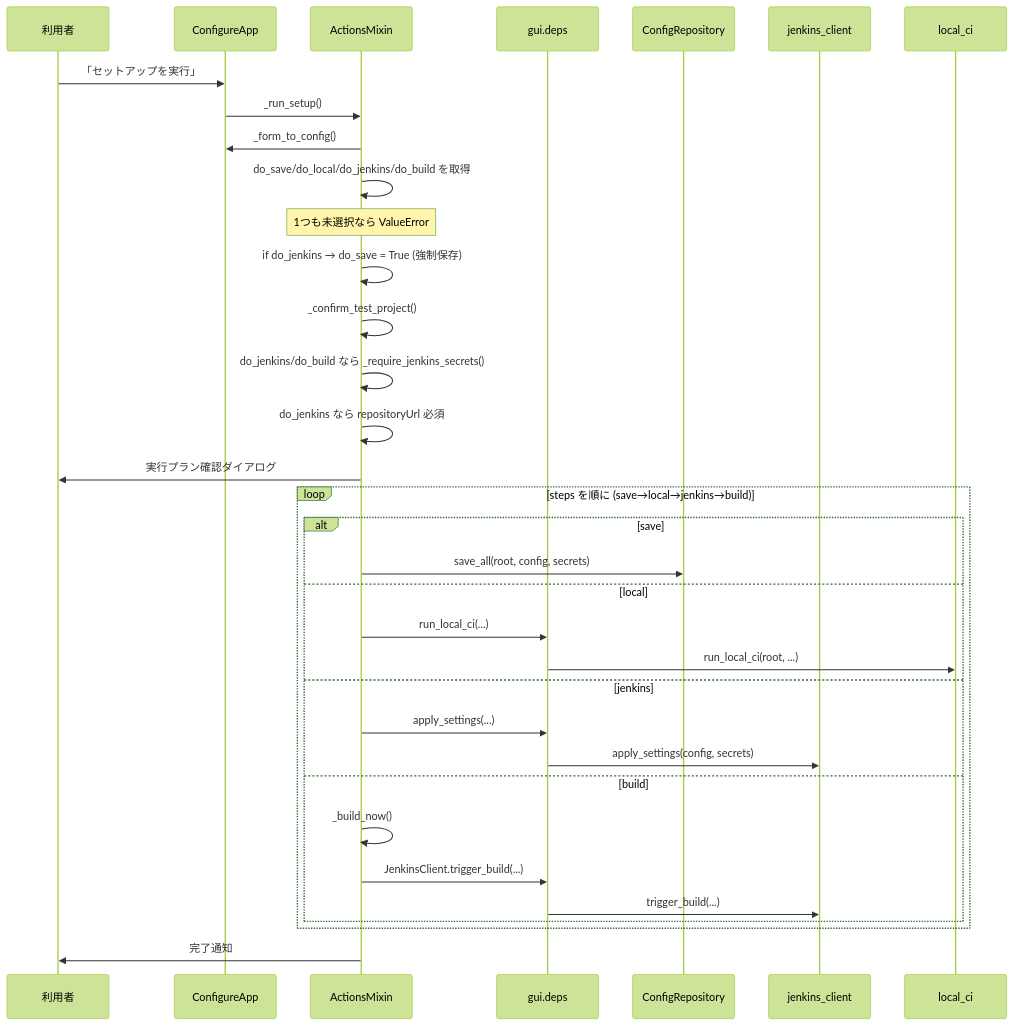
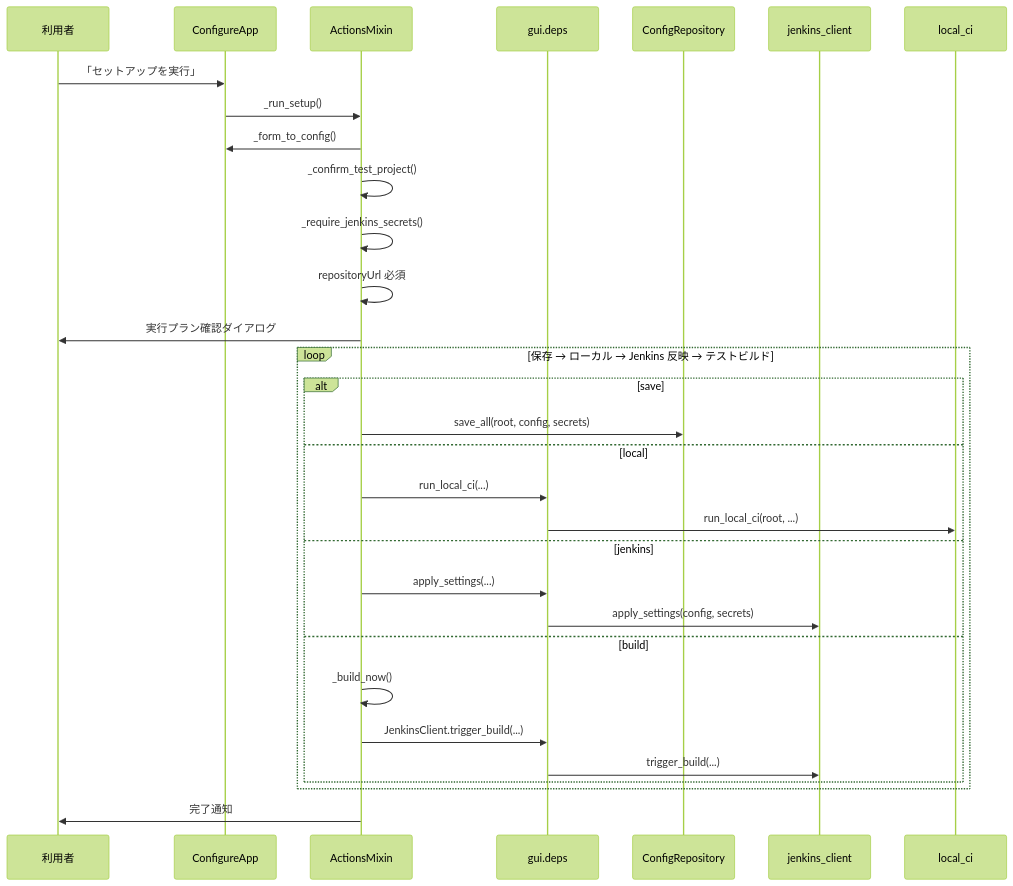
The eighth of 12 diagrams in docs/DESIGN.md (gt-ynakamatsu/ci-setup-tool), drawn with Mermaid (forest theme) before and after one commit. The commit also changed other lines of this file and 7 other files, not shown here.

First line of the commit message:
Drop setup step checkboxes; always run the full setup flow.

````diff
--- a/docs/DESIGN.md
+++ b/docs/DESIGN.md
@@ -852,37 +850,34 @@
 ```mermaid
 sequenceDiagram
     participant U as 利用者
     participant App as ConfigureApp
     participant Ops as ActionsMixin
     participant Deps as gui.deps
     participant Repo as ConfigRepository
     participant JC as jenkins_client
     participant LC as local_ci
 
     U->>App: 「セットアップを実行」
     App->>Ops: _run_setup()
     Ops->>App: _form_to_config()
-    Ops->>Ops: do_save/do_local/do_jenkins/do_build を取得
-    Note over Ops: 1つも未選択なら ValueError
-    Ops->>Ops: if do_jenkins → do_save = True (強制保存)
     Ops->>Ops: _confirm_test_project()
-    Ops->>Ops: do_jenkins/do_build なら _require_jenkins_secrets()
-    Ops->>Ops: do_jenkins なら repositoryUrl 必須
+    Ops->>Ops: _require_jenkins_secrets()
+    Ops->>Ops: repositoryUrl 必須
     Ops->>U: 実行プラン確認ダイアログ
-    loop steps を順に (save→local→jenkins→build)
+    loop 保存 → ローカル → Jenkins 反映 → テストビルド
         alt save
             Ops->>Repo: save_all(root, config, secrets)
         else local
             Ops->>Deps: run_local_ci(...)
             Deps->>LC: run_local_ci(root, ...)
         else jenkins
             Ops->>Deps: apply_settings(...)
             Deps->>JC: apply_settings(config, secrets)
         else build
             Ops->>Ops: _build_now()
             Ops->>Deps: JenkinsClient.trigger_build(...)
             Deps->>JC: trigger_build(...)
         end
     end
     Ops->>U: 完了通知
 ```
````
